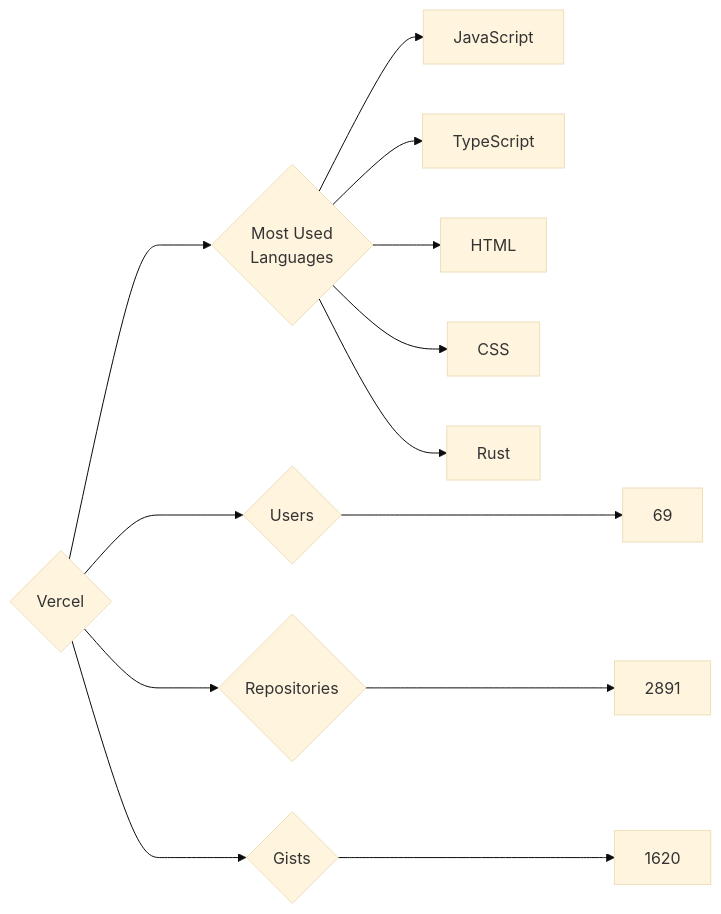
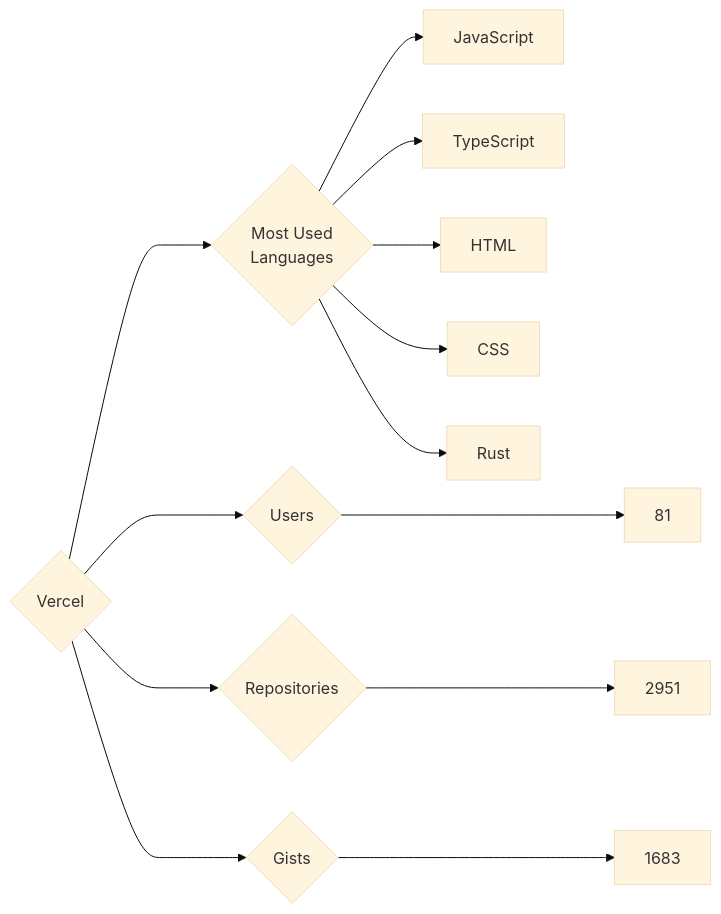
Before and after one commit to trickest/insiders: the diagram in targets/Vercel/README.md, drawn with Mermaid (base theme). The commit also changed 796 other files, not shown here.

````diff
--- a/targets/Vercel/README.md
+++ b/targets/Vercel/README.md
@@ -3,13 +3,13 @@
 ```mermaid
 graph LR
 COMPANY_NAME{Vercel}
-COMPANY_NAME ---> U{Users} ---> UN[69]
-COMPANY_NAME ---> R{Repositories} ---> RN[2891]
-COMPANY_NAME ---> G{Gists} ---> GN[1620]
+COMPANY_NAME ---> U{Users} ---> UN[81]
+COMPANY_NAME ---> R{Repositories} ---> RN[2951]
+COMPANY_NAME ---> G{Gists} ---> GN[1683]
 COMPANY_NAME ---> ML{Most Used<br>Languages}
 ML --> JavaScript[JavaScript]
 ML --> TypeScript[TypeScript]
 ML --> HTML[HTML]
 ML --> CSS[CSS]
 ML --> Rust[Rust]
 ```
````
